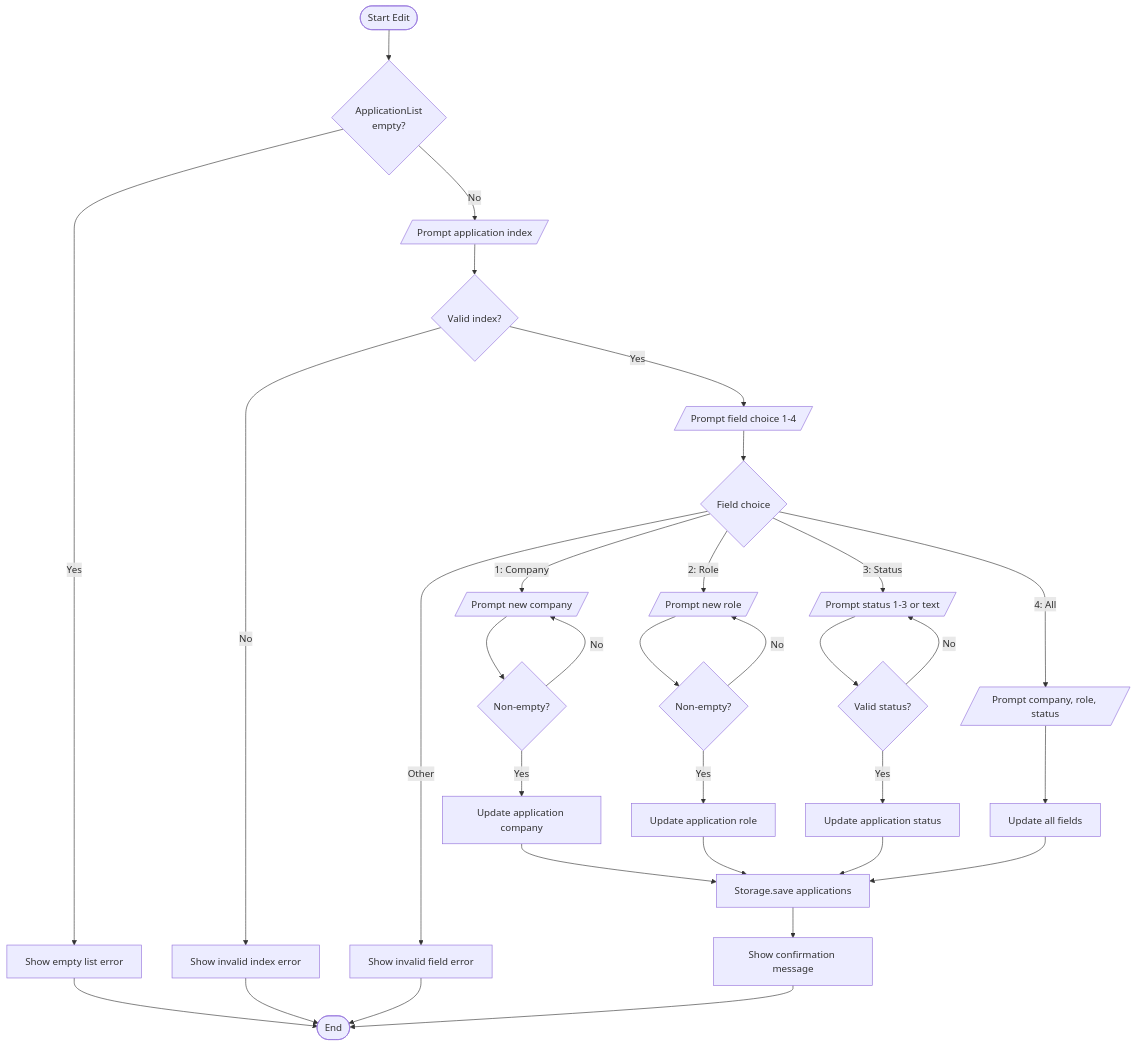
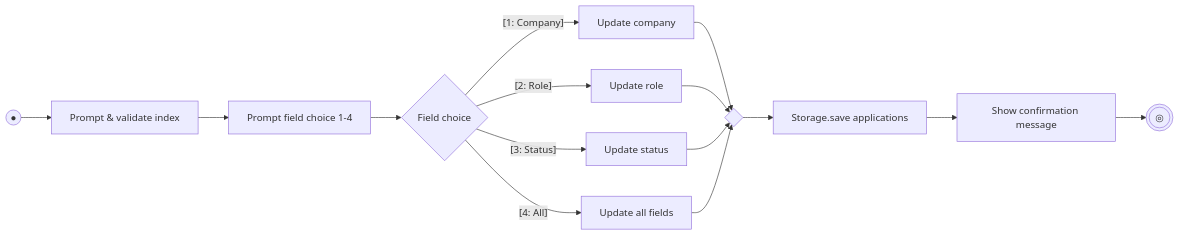
One commit to AY2627S1-CS2113-T10-2/tp changed diagram 12 of 21 in docs/DeveloperGuide.md. Above: the diagram before and after it, drawn with Mermaid. The commit also changed other lines of this file, not shown here.

First line of the commit message:
docs: align diagrams with reference guidelines and compact activity/object layouts

````diff
--- a/docs/DeveloperGuide.md
+++ b/docs/DeveloperGuide.md
@@ -754,31 +714,13 @@
 ```mermaid
-flowchart TD
-    Start([Start Edit]) --> CheckEmpty{ApplicationList<br/>empty?}
-    CheckEmpty -- Yes --> ShowEmptyErr[Show empty list error] --> End([End])
-    CheckEmpty -- No --> PromptIndex[/Prompt application index/]
-    PromptIndex --> ValidIndex{Valid index?}
-    ValidIndex -- No --> ShowIndexErr[Show invalid index error] --> End
-    ValidIndex -- Yes --> PromptField[/Prompt field choice 1-4/]
-    PromptField --> BranchField{Field choice}
-    BranchField -- 1: Company --> PromptCo[/Prompt new company/]
-    PromptCo --> ValidCo{Non-empty?}
-    ValidCo -- No --> PromptCo
-    ValidCo -- Yes --> UpdateCo[Update application company]
-    BranchField -- 2: Role --> PromptRole[/Prompt new role/]
-    PromptRole --> ValidRole{Non-empty?}
-    ValidRole -- No --> PromptRole
-    ValidRole -- Yes --> UpdateRole[Update application role]
-    BranchField -- 3: Status --> PromptStatus[/Prompt status 1-3 or text/]
-    PromptStatus --> ValidStatus{Valid status?}
-    ValidStatus -- No --> PromptStatus
-    ValidStatus -- Yes --> UpdateStatus[Update application status]
-    BranchField -- 4: All --> PromptAllCo[/Prompt company, role, status/]
-    PromptAllCo --> UpdateAll[Update all fields]
-    BranchField -- Other --> ShowFieldErr[Show invalid field error] --> End
-    UpdateCo --> Save[Storage.save applications]
-    UpdateRole --> Save
-    UpdateStatus --> Save
-    UpdateAll --> Save
+flowchart LR
+    Start((●)) --> PromptIdx[Prompt & validate index]
+    PromptIdx --> PromptField[Prompt field choice 1-4]
+    PromptField --> Branch{"Field choice"}
+    Branch -- "[1: Company]" --> UpdCo[Update company] --> Merge{ }
+    Branch -- "[2: Role]" --> UpdRole[Update role] --> Merge
+    Branch -- "[3: Status]" --> UpdStat[Update status] --> Merge
+    Branch -- "[4: All]" --> UpdAll[Update all fields] --> Merge
+    Merge --> Save[Storage.save applications]
     Save --> Confirm[Show confirmation message]
-    Confirm --> End
+    Confirm --> End(((◎)))
 ```
````
